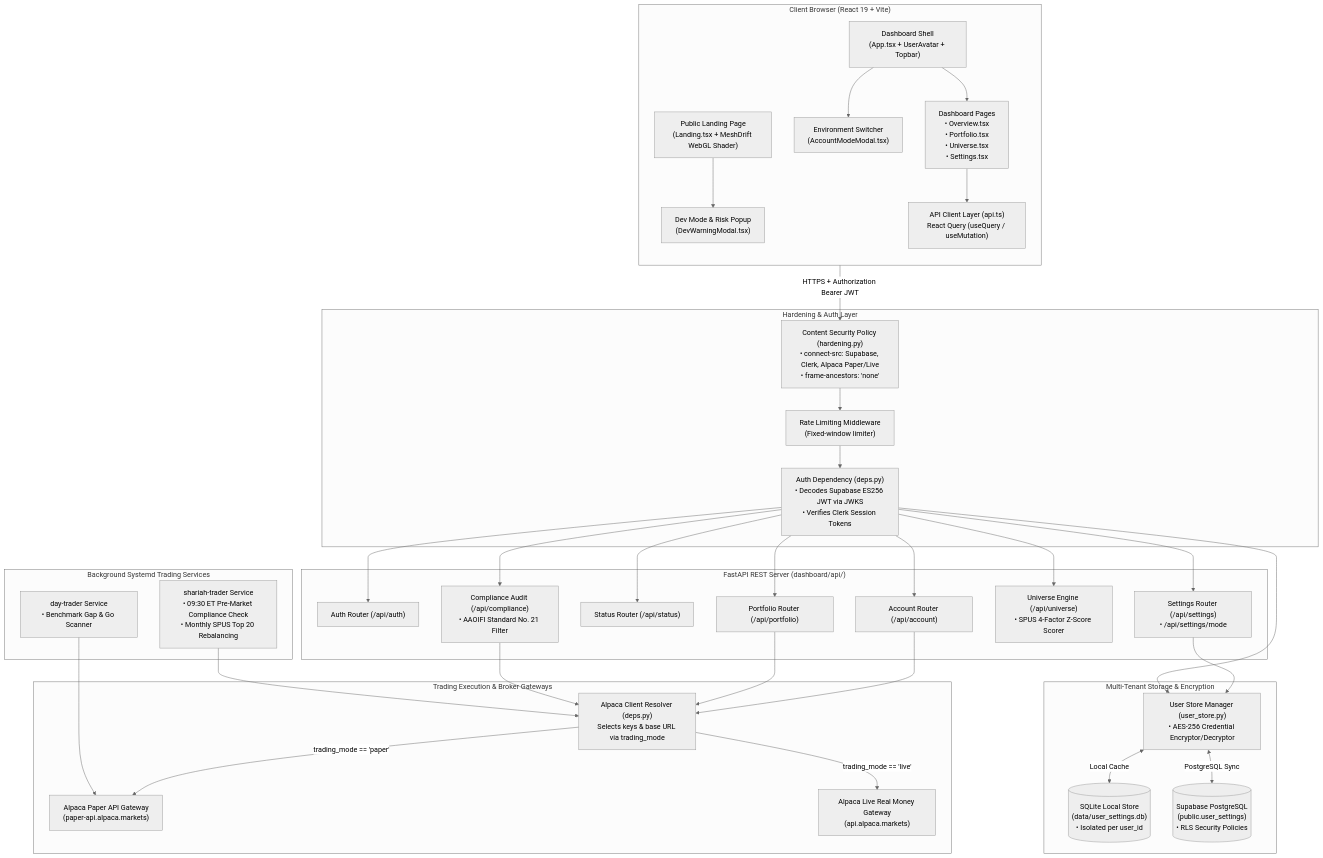
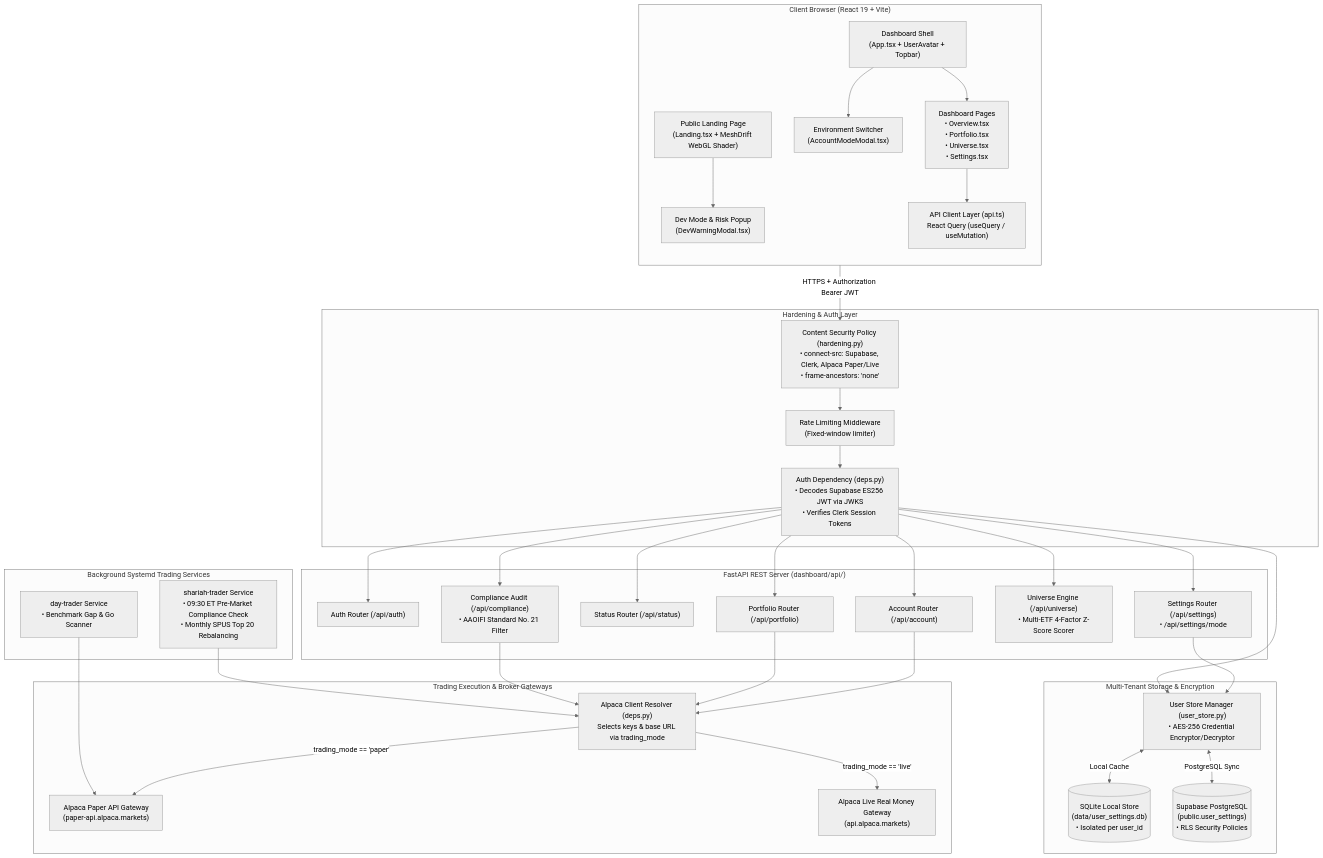
The diagram in docs/ARCHITECTURE.md (IlhamKassim/shariah-algo-trader), drawn with Mermaid (neutral theme) before and after one commit. The commit also changed 5 other files, not shown here.

````diff
--- a/docs/ARCHITECTURE.md
+++ b/docs/ARCHITECTURE.md
@@ -9,77 +9,77 @@
 ```mermaid
 flowchart TB
     subgraph Client ["Client Browser (React 19 + Vite)"]
         direction TB
         Landing["Public Landing Page<br/>(Landing.tsx + MeshDrift WebGL Shader)"]
         DevModal["Dev Mode & Risk Popup<br/>(DevWarningModal.tsx)"]
         Dashboard["Dashboard Shell<br/>(App.tsx + UserAvatar + Topbar)"]
         ModeModal["Environment Switcher<br/>(AccountModeModal.tsx)"]
         
         Pages["Dashboard Pages<br/>• Overview.tsx<br/>• Portfolio.tsx<br/>• Universe.tsx<br/>• Settings.tsx"]
         
         APIClient["API Client Layer (api.ts)<br/>React Query (useQuery / useMutation)"]
     end
 
     subgraph Security ["Hardening & Auth Layer"]
         CSP["Content Security Policy (hardening.py)<br/>• connect-src: Supabase, Clerk, Alpaca Paper/Live<br/>• frame-ancestors: 'none'"]
         RateLimit["Rate Limiting Middleware<br/>(Fixed-window limiter)"]
         AuthDeps["Auth Dependency (deps.py)<br/>• Decodes Supabase ES256 JWT via JWKS<br/>• Verifies Clerk Session Tokens"]
     end
 
     subgraph Backend ["FastAPI REST Server (dashboard/api/)"]
         AuthRouter["Auth Router (/api/auth)"]
         SettingsRouter["Settings Router (/api/settings)<br/>• /api/settings/mode"]
         StatusRouter["Status Router (/api/status)"]
         AccountRouter["Account Router (/api/account)"]
         PortfolioRouter["Portfolio Router (/api/portfolio)"]
-        UniverseRouter["Universe Engine (/api/universe)<br/>• SPUS 4-Factor Z-Score Scorer"]
+        UniverseRouter["Universe Engine (/api/universe)<br/>• Multi-ETF 4-Factor Z-Score Scorer"]
         ComplianceRouter["Compliance Audit (/api/compliance)<br/>• AAOIFI Standard No. 21 Filter"]
     end
 
     subgraph Storage ["Multi-Tenant Storage & Encryption"]
         UserStore["User Store Manager (user_store.py)<br/>• AES-256 Credential Encryptor/Decryptor"]
         SQLiteDB[("SQLite Local Store<br/>(data/user_settings.db)<br/>• Isolated per user_id")]
         SupaDB[("Supabase PostgreSQL<br/>(public.user_settings)<br/>• RLS Security Policies")]
     end
 
     subgraph Execution ["Trading Execution & Broker Gateways"]
         AlpacaResolver["Alpaca Client Resolver (deps.py)<br/>Selects keys & base URL via trading_mode"]
         PaperAPI["Alpaca Paper API Gateway<br/>(paper-api.alpaca.markets)"]
         LiveAPI["Alpaca Live Real Money Gateway<br/>(api.alpaca.markets)"]
     end
 
     subgraph Bots ["Background Systemd Trading Services"]
         ShariahBot["shariah-trader Service<br/>• 09:30 ET Pre-Market Compliance Check<br/>• Monthly SPUS Top 20 Rebalancing"]
         DayBot["day-trader Service<br/>• Benchmark Gap & Go Scanner"]
     end
 
     %% Flow connections
     Landing --> DevModal
     Dashboard --> ModeModal
     Dashboard --> Pages
     Pages --> APIClient
     
     APIClient -->|HTTPS + Authorization Bearer JWT| CSP
     CSP --> RateLimit
     RateLimit --> AuthDeps
     
     AuthDeps --> AuthRouter
     AuthDeps --> SettingsRouter
     AuthDeps --> StatusRouter
     AuthDeps --> AccountRouter
     AuthDeps --> PortfolioRouter
     AuthDeps --> UniverseRouter
     AuthDeps --> ComplianceRouter
 
     SettingsRouter --> UserStore
     AuthDeps --> UserStore
     UserStore <-->|Local Cache| SQLiteDB
     UserStore <-->|PostgreSQL Sync| SupaDB
 
     AccountRouter & PortfolioRouter & ComplianceRouter --> AlpacaResolver
     AlpacaResolver -->|trading_mode == 'paper'| PaperAPI
     AlpacaResolver -->|trading_mode == 'live'| LiveAPI
 
     ShariahBot --> AlpacaResolver
     DayBot --> PaperAPI
 ```
````
